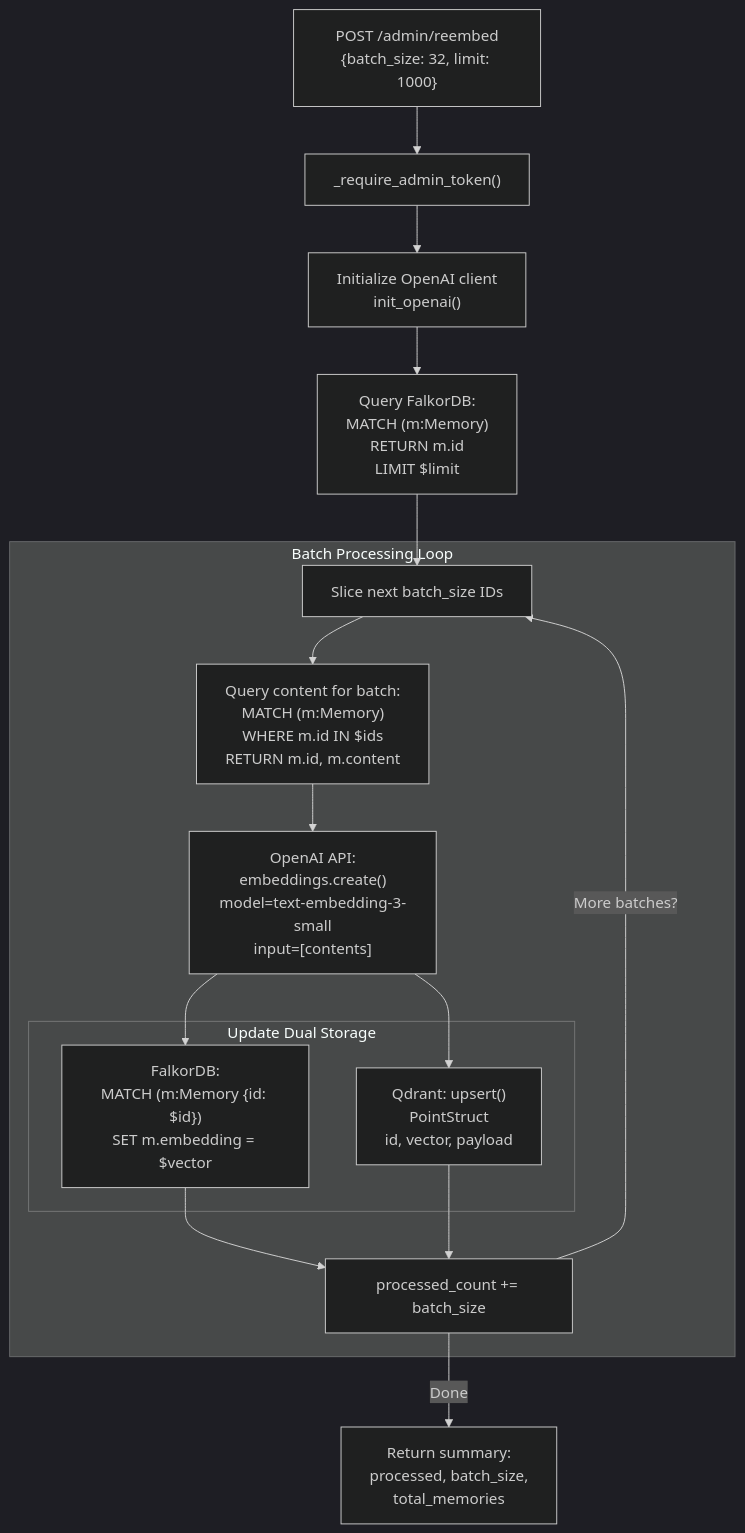
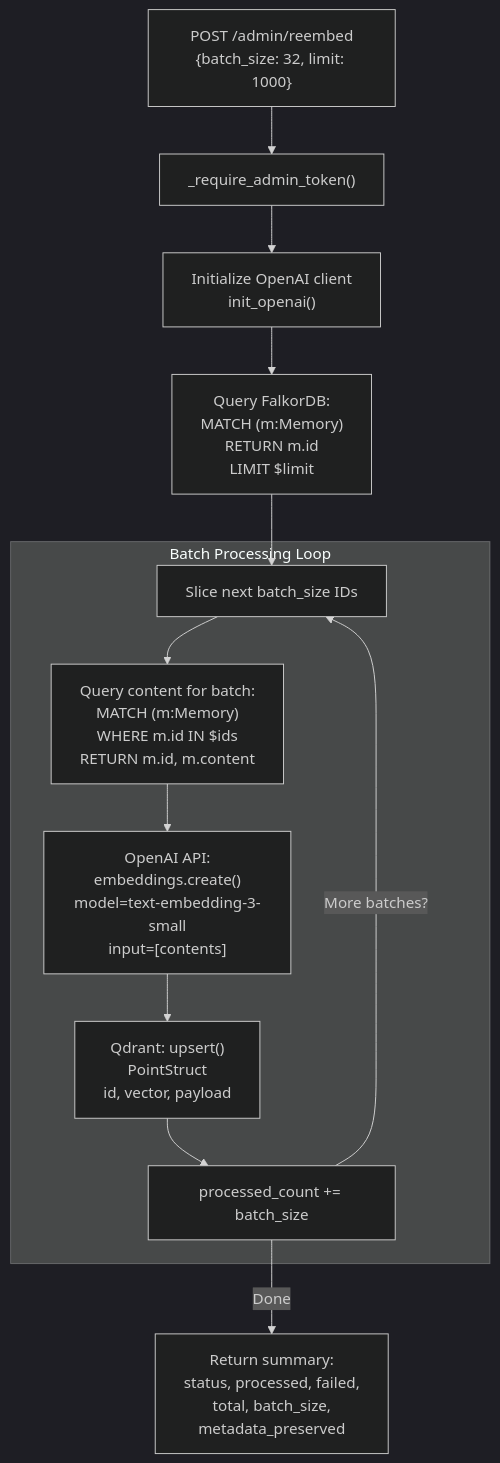
The third of 3 diagrams in src/content/docs/docs/reference/api/admin.md (verygoodplugins/automem-website), drawn with Mermaid (dark theme) before and after one commit. The commit also changed other lines of this file and 48 other files, not shown here.

````diff
--- a/src/content/docs/docs/reference/api/admin.md
+++ b/src/content/docs/docs/reference/api/admin.md
@@ -274,37 +240,32 @@
 ```mermaid
 graph TB
     Request["POST /admin/reembed<br/>{batch_size: 32, limit: 1000}"]
     Auth["_require_admin_token()"]
     Init["Initialize OpenAI client<br/>init_openai()"]
 
     FetchIDs["Query FalkorDB:<br/>MATCH (m:Memory)<br/>RETURN m.id<br/>LIMIT $limit"]
 
     subgraph "Batch Processing Loop"
         Slice["Slice next batch_size IDs"]
         FetchContent["Query content for batch:<br/>MATCH (m:Memory)<br/>WHERE m.id IN $ids<br/>RETURN m.id, m.content"]
 
         CallOpenAI["OpenAI API:<br/>embeddings.create()<br/>model=text-embedding-3-small<br/>input=[contents]"]
 
-        subgraph "Update Dual Storage"
-            UpdateQdrant["Qdrant: upsert()<br/>PointStruct<br/>id, vector, payload"]
-            UpdateFalkor["FalkorDB:<br/>MATCH (m:Memory {id: $id})<br/>SET m.embedding = $vector"]
-        end
+        UpdateQdrant["Qdrant: upsert()<br/>PointStruct<br/>id, vector, payload"]
 
         IncrCount["processed_count += batch_size"]
     end
 
-    Response["Return summary:<br/>processed, batch_size,<br/>total_memories"]
+    Response["Return summary:<br/>status, processed, failed,<br/>total, batch_size,<br/>metadata_preserved"]
 
     Request-->Auth
     Auth-->Init
     Init-->FetchIDs
     FetchIDs-->Slice
     Slice-->FetchContent
     FetchContent-->CallOpenAI
     CallOpenAI-->UpdateQdrant
-    CallOpenAI-->UpdateFalkor
-    UpdateFalkor-->IncrCount
     UpdateQdrant-->IncrCount
     IncrCount-->|More batches?|Slice
     IncrCount-->|Done|Response
 ```
````
